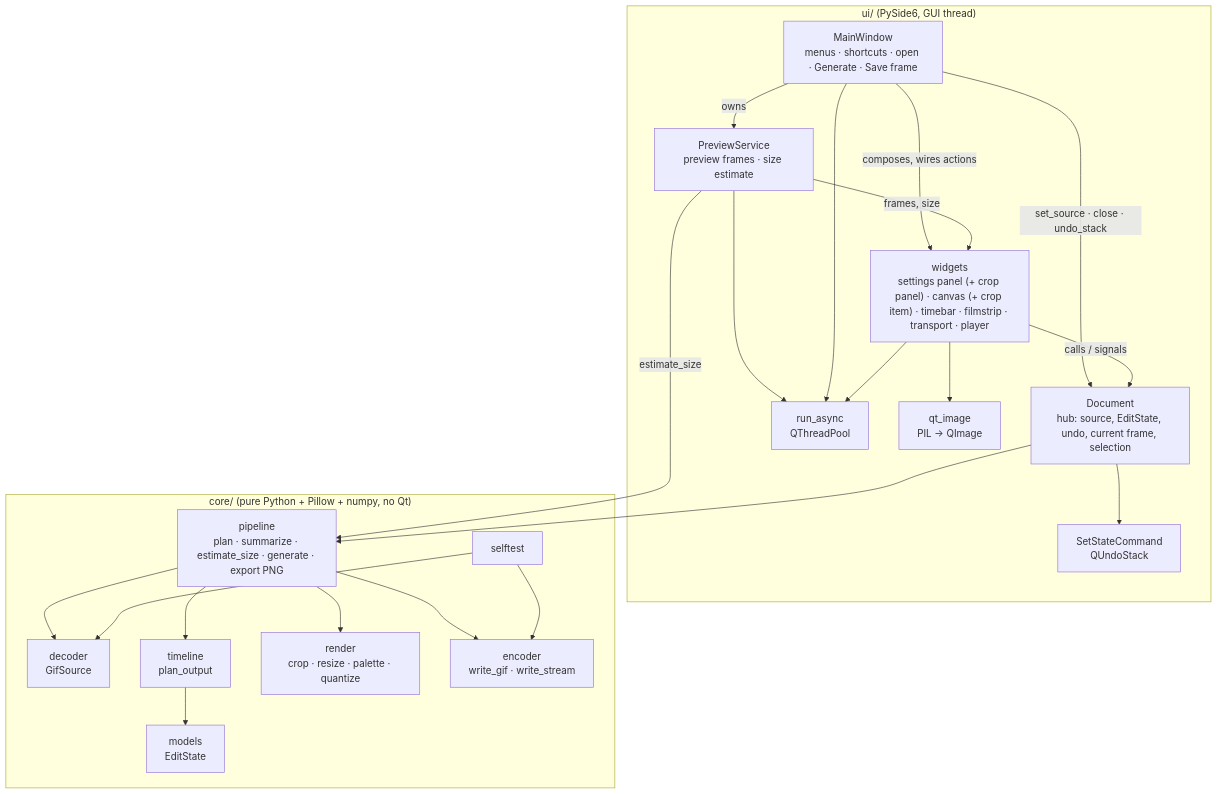
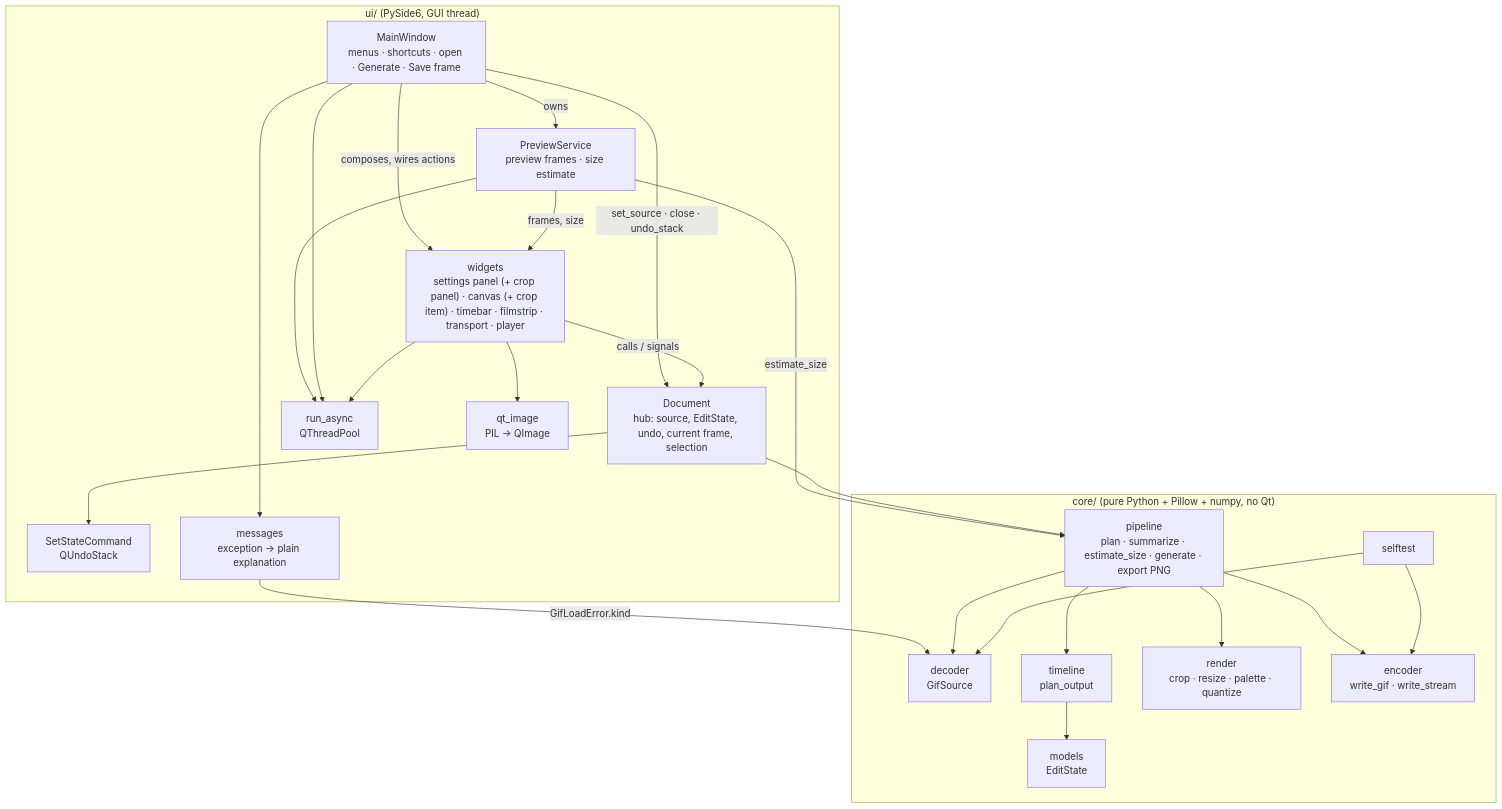
The first of 7 diagrams in docs/03-architecture.md (ErmanKan/EGPlease), drawn with Mermaid before and after one commit. The commit also changed other lines of this file and 31 other files, not shown here.

Commit message:
docs: Milestone 4 - per-file pages (messages, hidpi/fuzz/stress scripts), threading + error-flow architecture, M4 dev log and testing guide; soak 30/30; README/AGENTS/RESUME-HERE

````diff
--- a/docs/03-architecture.md
+++ b/docs/03-architecture.md
@@ -7,36 +7,39 @@
 ```mermaid
 flowchart TB
     subgraph UI["ui/ (PySide6, GUI thread)"]
         MW["MainWindow<br/>menus · shortcuts · open · Generate · Save frame"]
         W["widgets<br/>settings panel (+ crop panel) · canvas (+ crop item) · timebar · filmstrip · transport · player"]
         PS["PreviewService<br/>preview frames · size estimate"]
         DOC[Document<br/>hub: source, EditState, undo, current frame, selection]
         CMD[SetStateCommand<br/>QUndoStack]
         WK[run_async<br/>QThreadPool]
         QI[qt_image<br/>PIL → QImage]
+        MSG[messages<br/>exception → plain explanation]
     end
     subgraph CORE["core/ (pure Python + Pillow + numpy, no Qt)"]
         MOD[models<br/>EditState]
         DEC[decoder<br/>GifSource]
         TL[timeline<br/>plan_output]
         REN[render<br/>crop · resize · palette · quantize]
         ENC[encoder<br/>write_gif · write_stream]
         PIPE[pipeline<br/>plan · summarize · estimate_size · generate · export PNG]
         ST[selftest]
     end
     MW -->|composes, wires actions| W
     MW -->|owns| PS
     PS -->|frames, size| W
     PS --> WK
     PS -->|estimate_size| PIPE
     MW -->|set_source · close · undo_stack| DOC
     W -->|calls / signals| DOC
     MW --> WK
+    MW --> MSG
+    MSG -->|GifLoadError.kind| DEC
     DOC --> CMD
     W --> WK
     W --> QI
     DOC --> PIPE
     PIPE --> TL & REN & ENC & DEC
     TL --> MOD
     ST --> ENC & DEC
 ```
````
